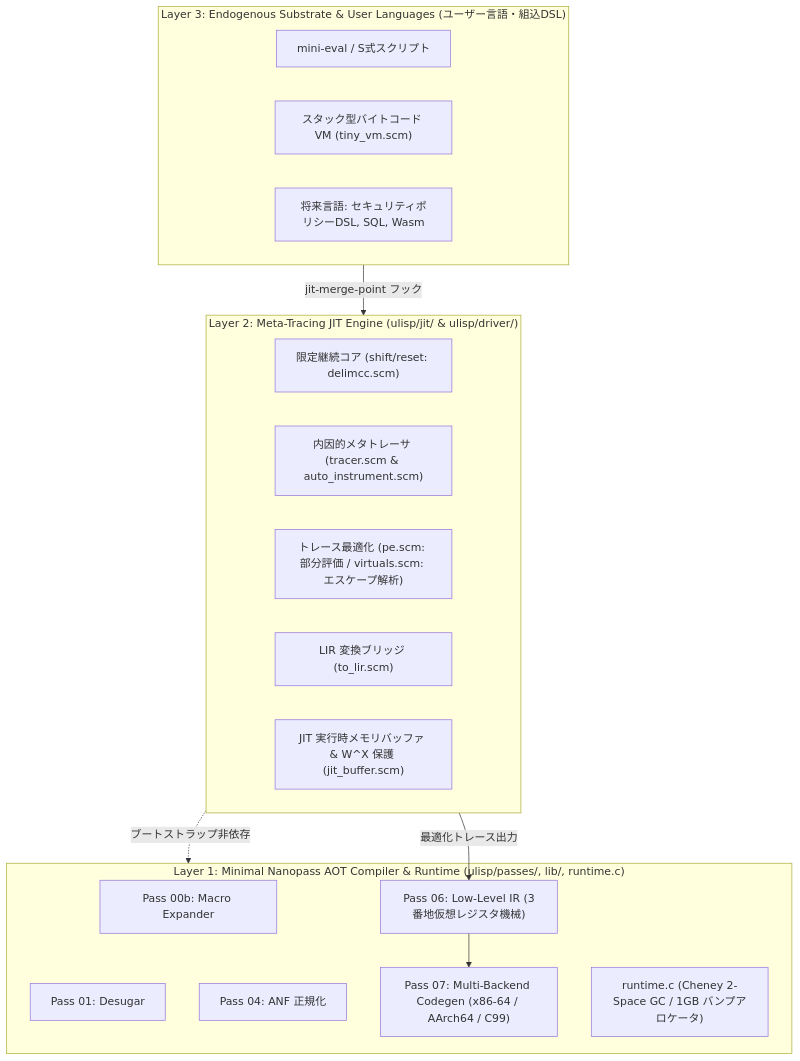
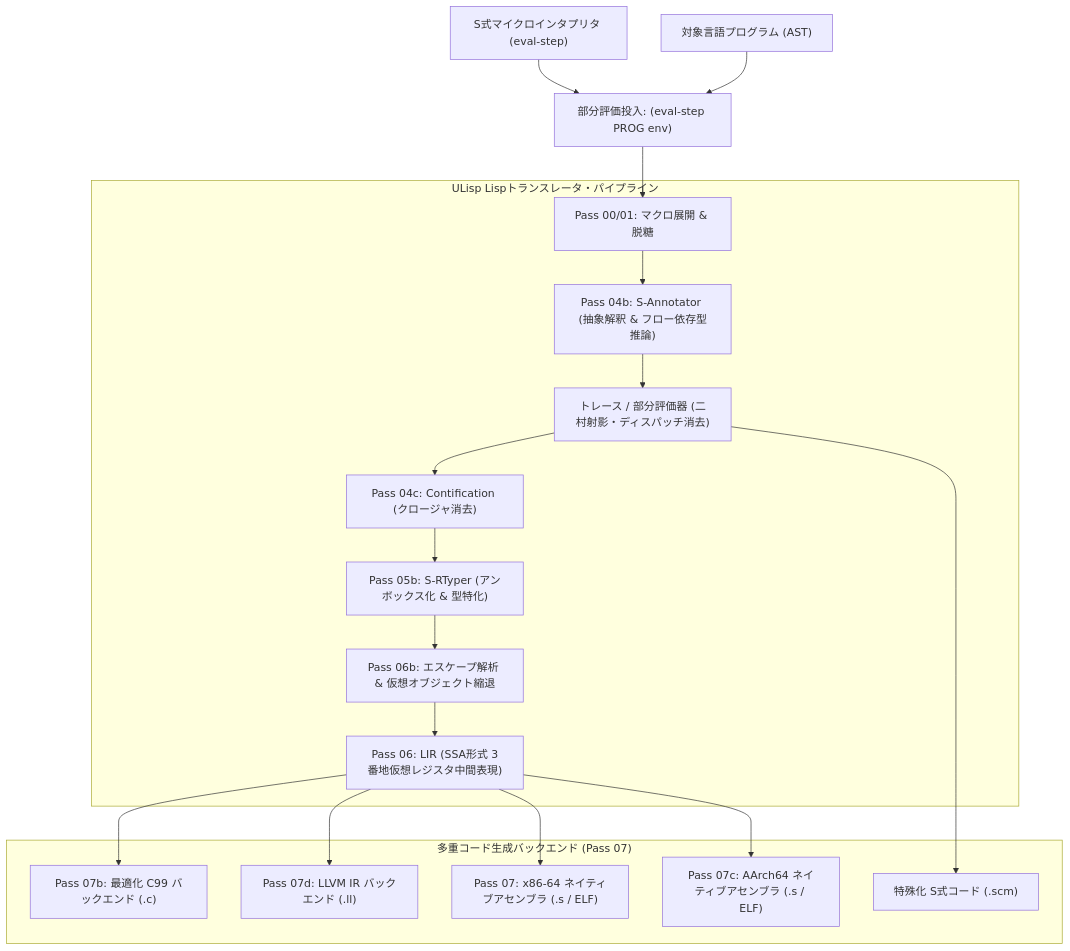
Before and after one commit to rokujyouhitoma/arxiv-security-papers: the diagram in docs/designs/DSN-33-ulisp_underlying_x86_native_aot_compiler_architecture_specification.md, drawn with Mermaid. The commit also changed other lines of this file, not shown here.

First line of the commit message:
docs(designs): elevate ULisp to S-expression meta-compiler substrate in DSN-33

````diff
--- a/docs/designs/DSN-33-ulisp_underlying_x86_native_aot_compiler_architecture_specification.md
+++ b/docs/designs/DSN-33-ulisp_underlying_x86_native_aot_compiler_architecture_specification.md
@@ -426,30 +518,41 @@
 ```mermaid
 flowchart TD
-    subgraph Layer3 ["Layer 3: Endogenous Substrate & User Languages (ユーザー言語・組込DSL)"]
-        L3_EVAL["mini-eval / S式スクリプト"]
-        L3_VM["スタック型バイトコード VM (tiny_vm.scm)"]
-        L3_DSL["将来言語: セキュリティポリシーDSL, SQL, Wasm"]
+    INTERP["S式マイクロインタプリタ (eval-step)"]
+    PROG["対象言語プログラム (AST)"]
+
+    INTERP --> COMPOSE["部分評価投入: (eval-step PROG env)"]
+    PROG --> COMPOSE
+
+    subgraph Translator ["ULisp Lispトランスレータ・パイプライン"]
+        P0["Pass 00/01: マクロ展開 & 脱糖"]
+        P4B["Pass 04b: S-Annotator (抽象解釈 & フロー依存型推論)"]
+        PE["トレース / 部分評価器 (二村射影・ディスパッチ消去)"]
+        P4C["Pass 04c: Contification (クロージャ消去)"]
+        P5B["Pass 05b: S-RTyper (アンボックス化 & 型特化)"]
+        P6B["Pass 06b: エスケープ解析 & 仮想オブジェクト縮退"]
+        P6["Pass 06: LIR (SSA形式 3番地仮想レジスタ中間表現)"]
+
+        P0 --> P4B
+        P4B --> PE
+        PE --> P4C
+        P4C --> P5B
+        P5B --> P6B
+        P6B --> P6
     end
 
-    subgraph Layer2 ["Layer 2: Meta-Tracing JIT Engine (ulisp/jit/ & ulisp/driver/)"]
-        L2_DELIM["限定継続コア (shift/reset: delimcc.scm)"]
-        L2_TRACER["内因的メタトレーサ (tracer.scm & auto_instrument.scm)"]
-        L2_OPT["トレース最適化 (pe.scm: 部分評価 / virtuals.scm: エスケープ解析)"]
-        L2_BRIDGE["LIR 変換ブリッジ (to_lir.scm)"]
-        L2_RUNTIME["JIT 実行時メモリバッファ & W^X 保護 (jit_buffer.scm)"]
+    COMPOSE --> P0
+
+    subgraph Backends ["多重コード生成バックエンド (Pass 07)"]
+        B_C["Pass 07b: 最適化 C99 バックエンド (.c)"]
+        B_LLVM["Pass 07d: LLVM IR バックエンド (.ll)"]
+        B_X86["Pass 07: x86-64 ネイティブアセンブラ (.s / ELF)"]
+        B_ARM["Pass 07c: AArch64 ネイティブアセンブラ (.s / ELF)"]
+        B_SPEC["特殊化 S式コード (.scm)"]
     end
 
-    subgraph Layer1 ["Layer 1: Minimal Nanopass AOT Compiler & Runtime (ulisp/passes/, lib/, runtime.c)"]
-        L1_EXP["Pass 00b: Macro Expander"]
-        L1_DESUGAR["Pass 01: Desugar"]
-        L1_ANF["Pass 04: ANF 正規化"]
-        L1_LIR["Pass 06: Low-Level IR (3番地仮想レジスタ機械)"]
-        L1_CODEGEN["Pass 07: Multi-Backend Codegen (x86-64 / AArch64 / C99)"]
-        L1_GC["runtime.c (Cheney 2-Space GC / 1GB バンプアロケータ)"]
-    end
-
-    Layer3 -->|jit-merge-point フック| Layer2
-    Layer2 -->|最適化トレース出力| L1_LIR
-    L1_LIR --> L1_CODEGEN
-    Layer2 -.->|ブートストラップ非依存| Layer1
+    P6 --> B_C
+    P6 --> B_LLVM
+    P6 --> B_X86
+    P6 --> B_ARM
+    PE --> B_SPEC
 ```
````
